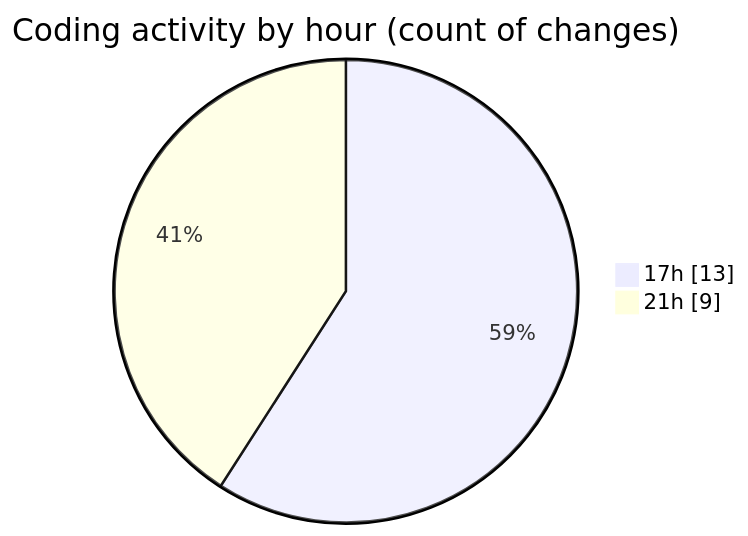
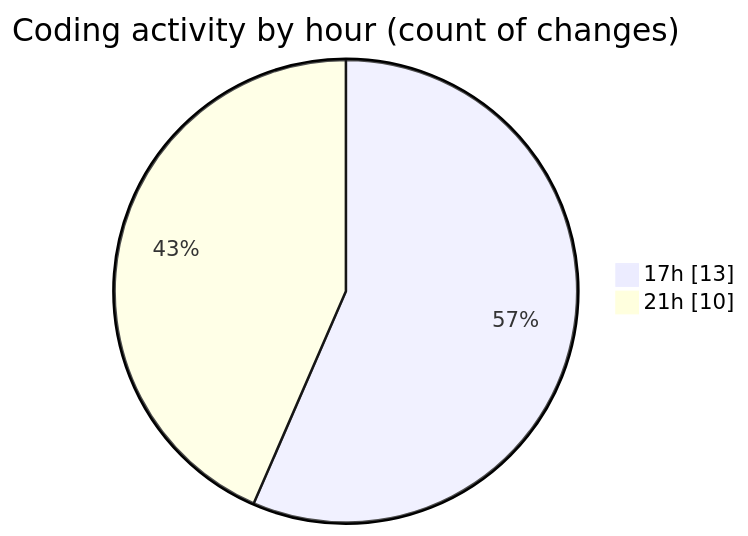
One commit to Unknowalive/code-tracking changed the second of 2 diagrams in 2026-07-03/researchlens/README.md. Above: the diagram before and after it, drawn with Mermaid. The commit also changed other lines of this file and 1 other file, not shown here.

````diff
--- a/2026-07-03/researchlens/README.md
+++ b/2026-07-03/researchlens/README.md
@@ -43,6 +43,6 @@
 ```mermaid
 pie showData
 title Coding activity by hour (count of changes)
 "17h" : 13
-"21h" : 9
+"21h" : 10
 ```
````
